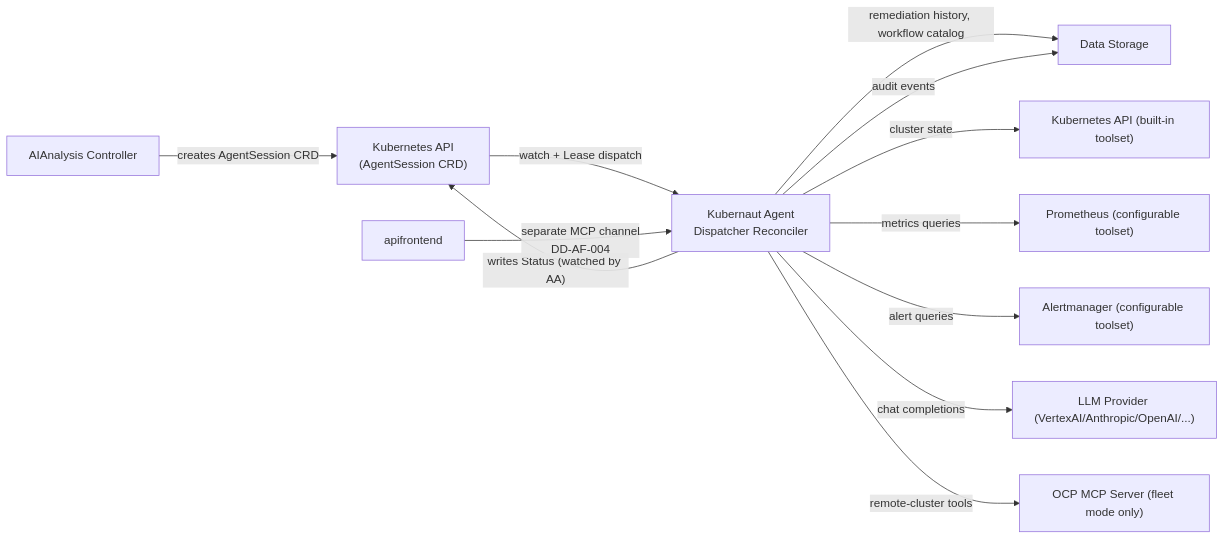
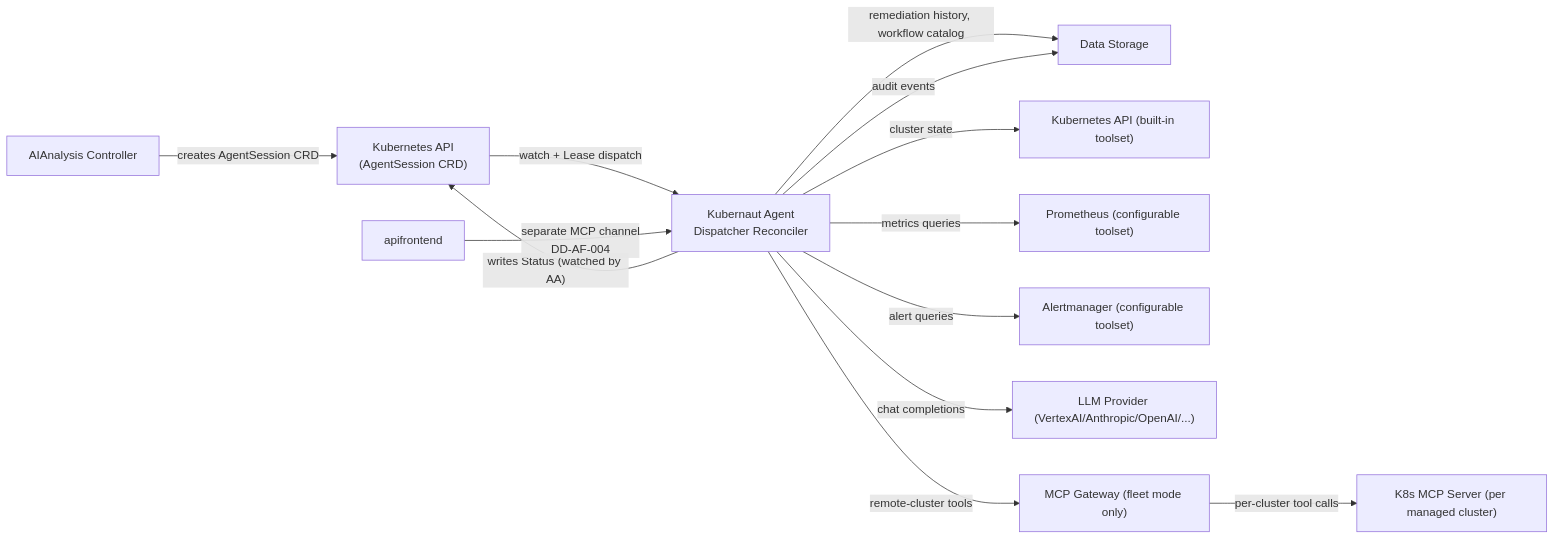
The diagram in docs/services/kubernaut-agent/overview.md (jordigilh/kubernaut), drawn with Mermaid before and after one commit. The commit also changed other lines of this file and 5 other files, not shown here.

First line of the commit message:
docs: fix stale fleet MCP tool-discovery docs (#2254)

````diff
--- a/docs/services/kubernaut-agent/overview.md
+++ b/docs/services/kubernaut-agent/overview.md
@@ -109,14 +109,15 @@
 ```mermaid
 flowchart LR
     AA[AIAnalysis Controller] -->|"creates AgentSession CRD"| K8SAPI["Kubernetes API<br/>(AgentSession CRD)"]
     K8SAPI -->|"watch + Lease dispatch"| KA[Kubernaut Agent<br/>Dispatcher Reconciler]
     KA -->|"writes Status (watched by AA)"| K8SAPI
     AF[apifrontend] -->|"separate MCP channel<br/>DD-AF-004"| KA
     KA -->|"remediation history, workflow catalog"| DS[Data Storage]
     KA -->|"cluster state"| K8S["Kubernetes API (built-in toolset)"]
     KA -->|"metrics queries"| PROM["Prometheus (configurable toolset)"]
     KA -->|"alert queries"| AM["Alertmanager (configurable toolset)"]
     KA -->|"chat completions"| LLM["LLM Provider (VertexAI/Anthropic/OpenAI/...)"]
-    KA -->|"remote-cluster tools"| MCP["OCP MCP Server (fleet mode only)"]
+    KA -->|"remote-cluster tools"| GW["MCP Gateway (fleet mode only)"]
+    GW -->|"per-cluster tool calls"| MCP["K8s MCP Server (per managed cluster)"]
     KA -->|"audit events"| DS
 ```
````
